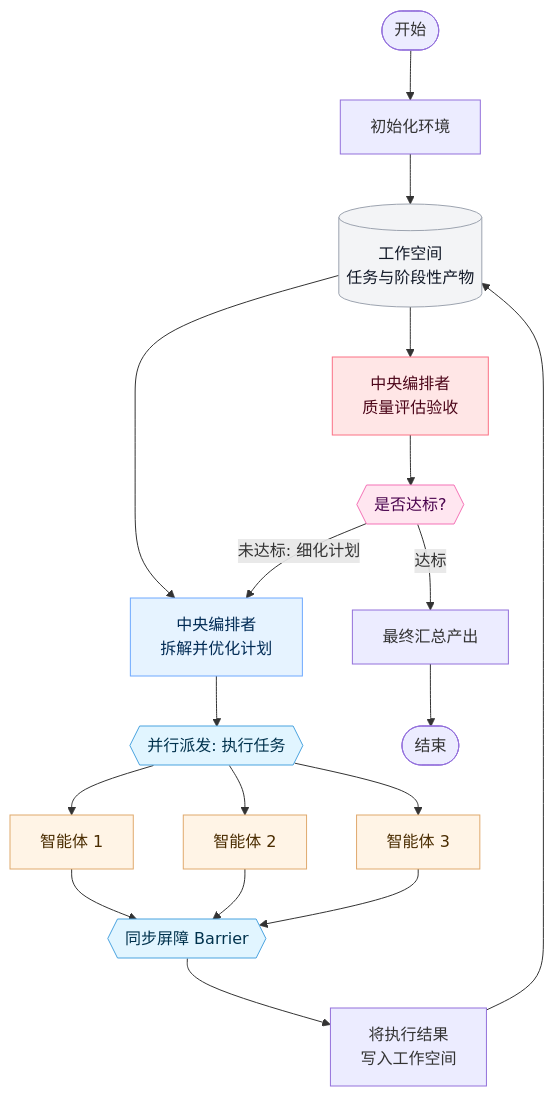
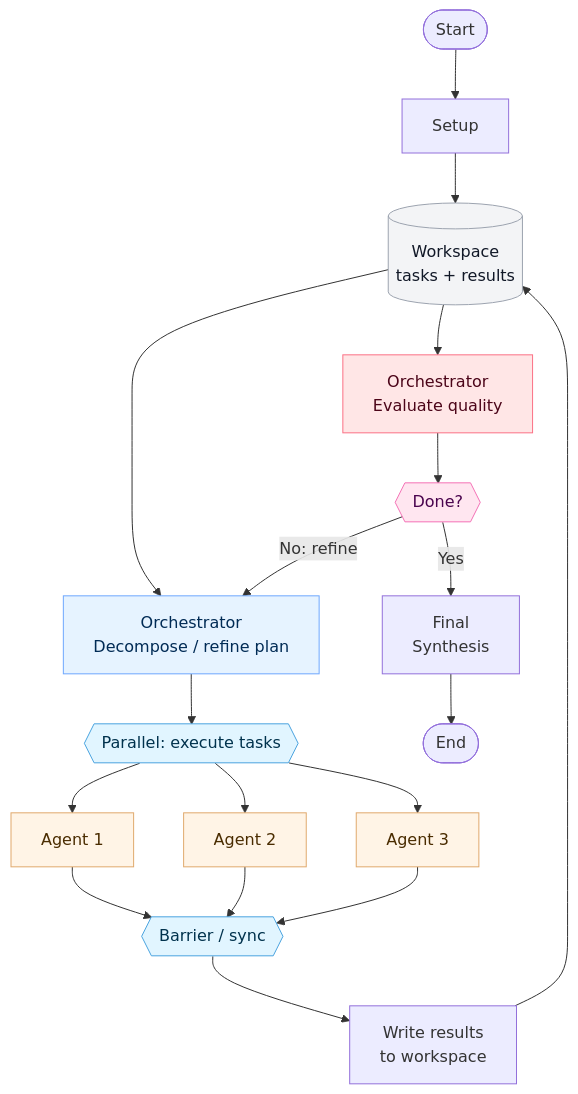
One commit to AntigmaLabs/ante changed the third of 4 diagrams in docs-site/i18n/zh-Hans/docusaurus-plugin-content-docs/current/experimental/agent-org.mdx. Above: the diagram before and after it, drawn with Mermaid. The commit also changed other lines of this file and 39 other files, not shown here.

Commit message:
docs: complete 1:1 Chinese translation with explicit anchors and exact protocol schemas

````diff
--- a/docs-site/i18n/zh-Hans/docusaurus-plugin-content-docs/current/experimental/agent-org.mdx
+++ b/docs-site/i18n/zh-Hans/docusaurus-plugin-content-docs/current/experimental/agent-org.mdx
@@ -85,38 +83,38 @@
 ```mermaid
 flowchart TB
   classDef control fill:#e1f5ff,stroke:#4aa3df,color:#00324d;
   classDef agent fill:#fff4e6,stroke:#e0a96d,color:#4a2c00;
   classDef orch fill:#e6f3ff,stroke:#6ea8fe,color:#002b55;
   classDef eval fill:#ffe6e6,stroke:#fb7185,color:#4c0519;
   classDef state fill:#f3f4f6,stroke:#9ca3af,color:#111827;
   classDef decision fill:#ffe6f0,stroke:#f472b6,color:#4a044e;
 
-  Start([开始]) --> Setup[初始化环境]
-  Setup --> Workspace[(工作空间<br/>任务与阶段性产物)]
+  Start([Start]) --> Setup[Setup]
+  Setup --> Workspace[(Workspace<br/>tasks + results)]
 
-  Workspace --> Orch[中央编排者<br/>拆解并优化计划]
-  Orch --> Fanout{{并行派发: 执行任务}}
-  Fanout --> A1[智能体 1]
-  Fanout --> A2[智能体 2]
-  Fanout --> A3[智能体 3]
+  Workspace --> Orch[Orchestrator<br/>Decompose / refine plan]
+  Orch --> Fanout{{Parallel: execute tasks}}
+  Fanout --> A1[Agent 1]
+  Fanout --> A2[Agent 2]
+  Fanout --> A3[Agent 3]
 
-  A1 --> Barrier{{同步屏障 Barrier}}
+  A1 --> Barrier{{Barrier / sync}}
   A2 --> Barrier
   A3 --> Barrier
 
-  Barrier --> Write[将执行结果<br/>写入工作空间]
+  Barrier --> Write[Write results<br/>to workspace]
   Write --> Workspace
 
-  Workspace --> OrchEval[中央编排者<br/>质量评估验收]
-  OrchEval --> Stop{{是否达标?}}
-  Stop -->|未达标: 细化计划| Orch
-  Stop -->|达标| Final[最终汇总产出]
-  Final --> End([结束])
+  Workspace --> OrchEval[Orchestrator<br/>Evaluate quality]
+  OrchEval --> Stop{{Done?}}
+  Stop -->|No: refine| Orch
+  Stop -->|Yes| Final[Final<br/>Synthesis]
+  Final --> End([End])
 
   class Fanout,Barrier control;
   class A1,A2,A3 agent;
   class Orch orch;
   class OrchEval eval;
   class Workspace state;
   class Stop decision;
 ```
````
